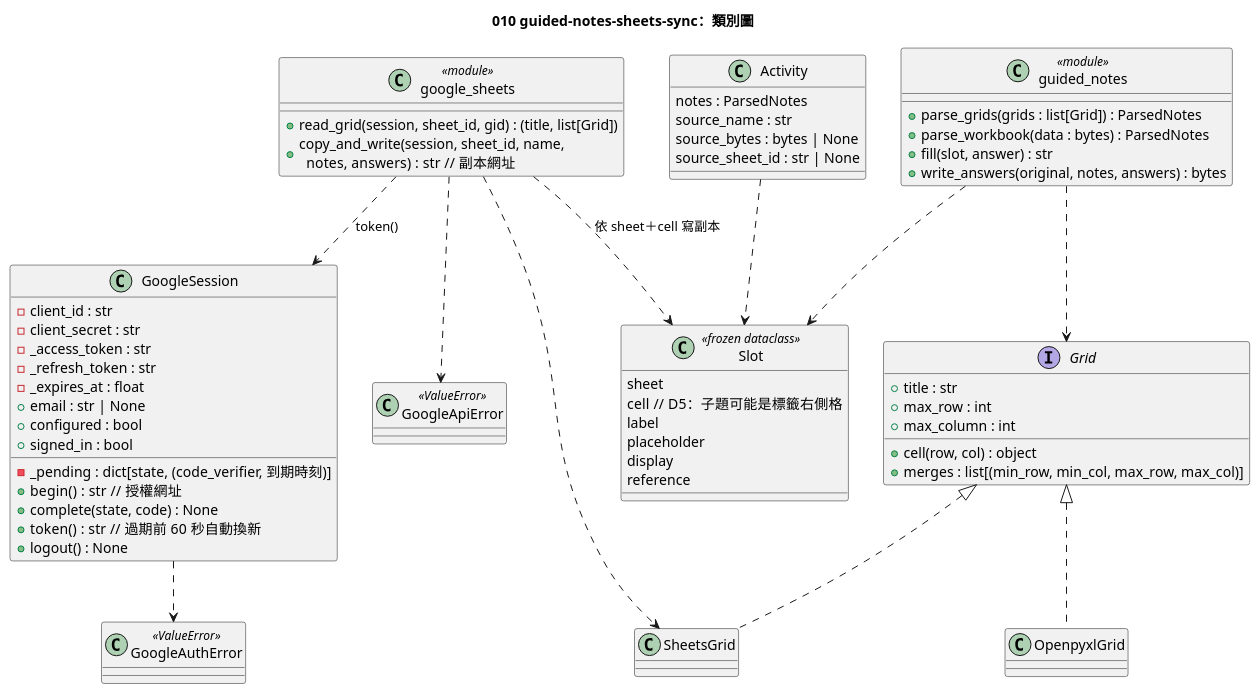
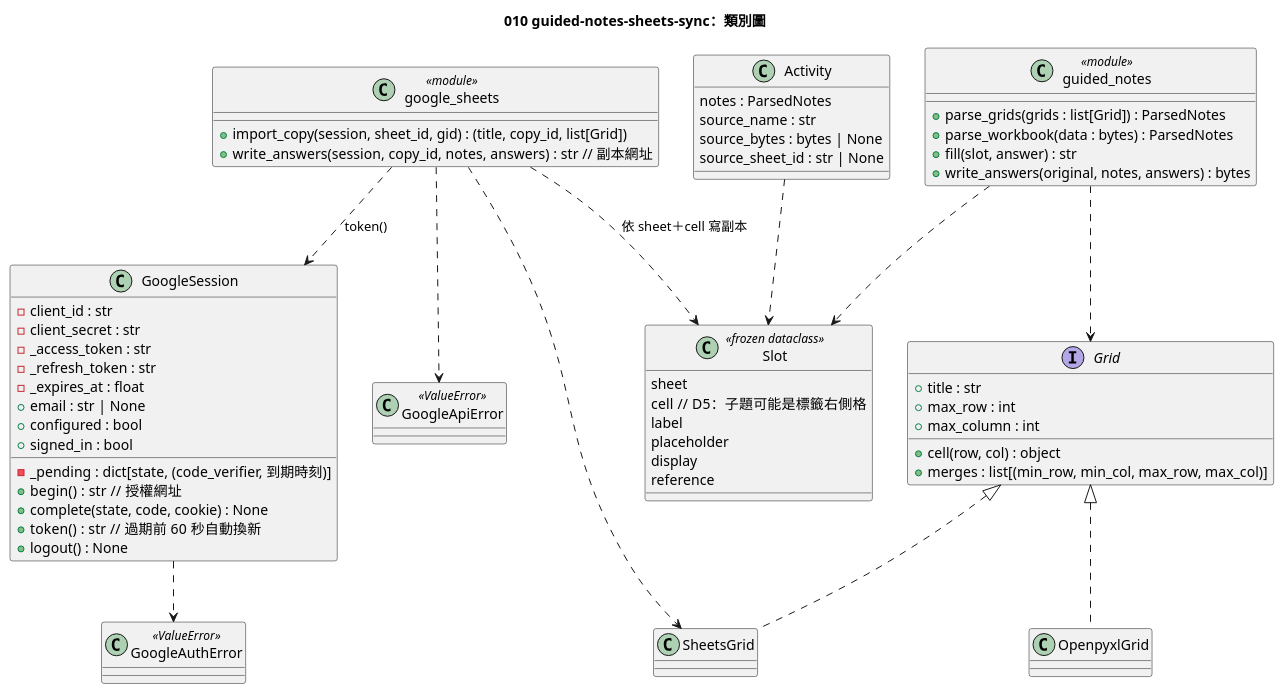
The diagram in diagrams/010-guided-notes-sheets-sync-class.puml (yue083139/software_fin-speckit), drawn with PlantUML before and after one commit. The commit also changed 14 other files, not shown here.

```diff
--- a/diagrams/010-guided-notes-sheets-sync-class.puml
+++ b/diagrams/010-guided-notes-sheets-sync-class.puml
@@ -1,72 +1,72 @@
 @startuml 010-guided-notes-sheets-sync-class
 title 010 guided-notes-sheets-sync：類別圖
 
 class GoogleSession {
   - client_id : str
   - client_secret : str
   - _pending : dict[state, (code_verifier, 到期時刻)]
   - _access_token : str
   - _refresh_token : str
   - _expires_at : float
   + email : str | None
   + configured : bool
   + signed_in : bool
   + begin() : str  // 授權網址
-  + complete(state, code) : None
+  + complete(state, code, cookie) : None
   + token() : str  // 過期前 60 秒自動換新
   + logout() : None
 }
 
 class GoogleAuthError <<ValueError>>
 class GoogleApiError <<ValueError>>
 
 class google_sheets <<module>> {
-  + read_grid(session, sheet_id, gid) : (title, list[Grid])
-  + copy_and_write(session, sheet_id, name,\n  notes, answers) : str  // 副本網址
+  + import_copy(session, sheet_id, gid) : (title, copy_id, list[Grid])
+  + write_answers(session, copy_id, notes, answers) : str  // 副本網址
 }
 
 interface Grid {
   + title : str
   + max_row : int
   + max_column : int
   + cell(row, col) : object
   + merges : list[(min_row, min_col, max_row, max_col)]
 }
 
 class OpenpyxlGrid
 class SheetsGrid
 
 class guided_notes <<module>> {
   + parse_grids(grids : list[Grid]) : ParsedNotes
   + parse_workbook(data : bytes) : ParsedNotes
   + fill(slot, answer) : str
   + write_answers(original, notes, answers) : bytes
 }
 
 class Slot <<frozen dataclass>> {
   sheet
   cell  // D5：子題可能是標籤右側格
   label
   placeholder
   display
   reference
 }
 
 class Activity {
   notes : ParsedNotes
   source_name : str
   source_bytes : bytes | None
   source_sheet_id : str | None
 }
 
 Grid <|.. OpenpyxlGrid
 Grid <|.. SheetsGrid
 google_sheets ..> GoogleSession : token()
 google_sheets ..> SheetsGrid
 google_sheets ..> Slot : 依 sheet＋cell 寫副本
 guided_notes ..> Grid
 guided_notes ..> Slot
 GoogleSession ..> GoogleAuthError
 google_sheets ..> GoogleApiError
 Activity ..> Slot
 @enduml
```
